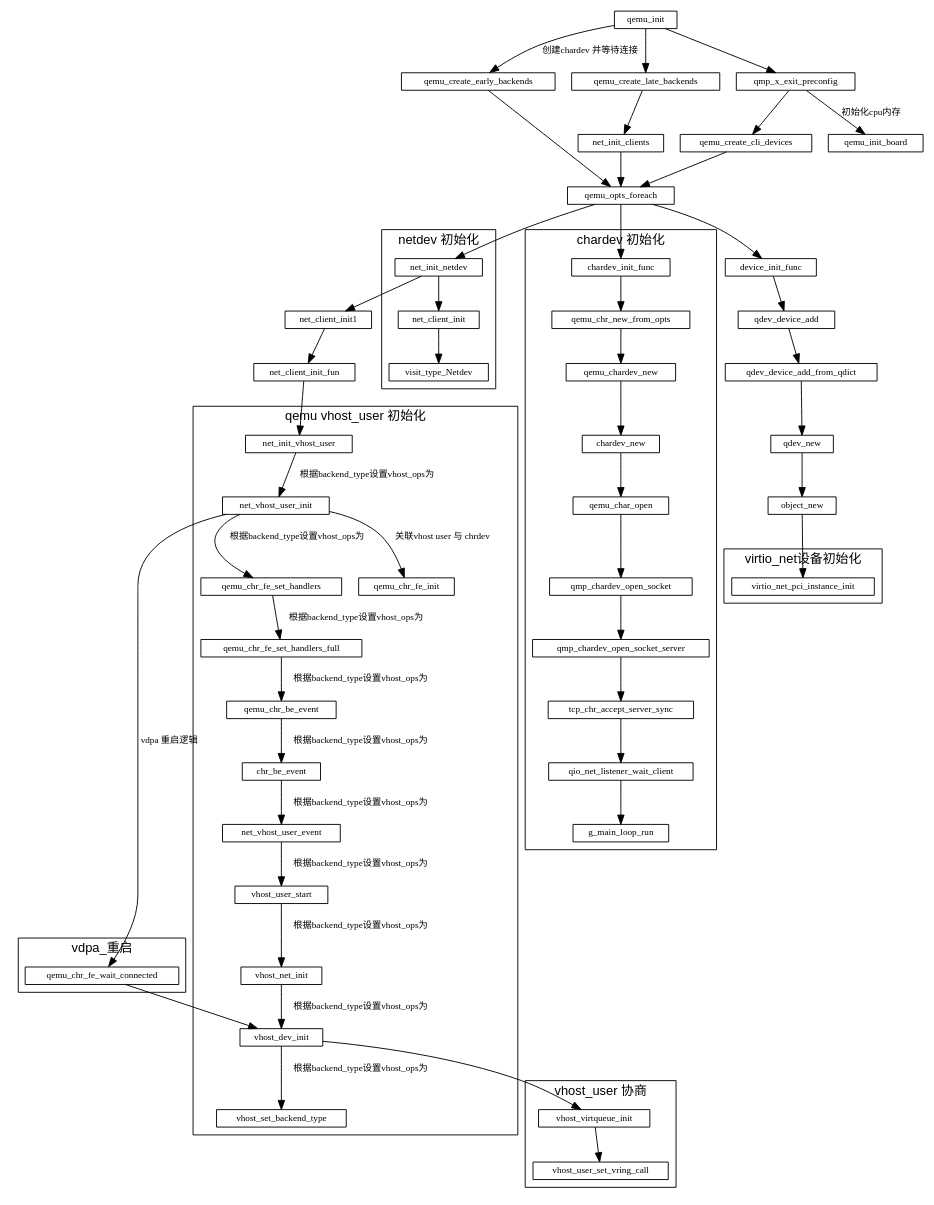
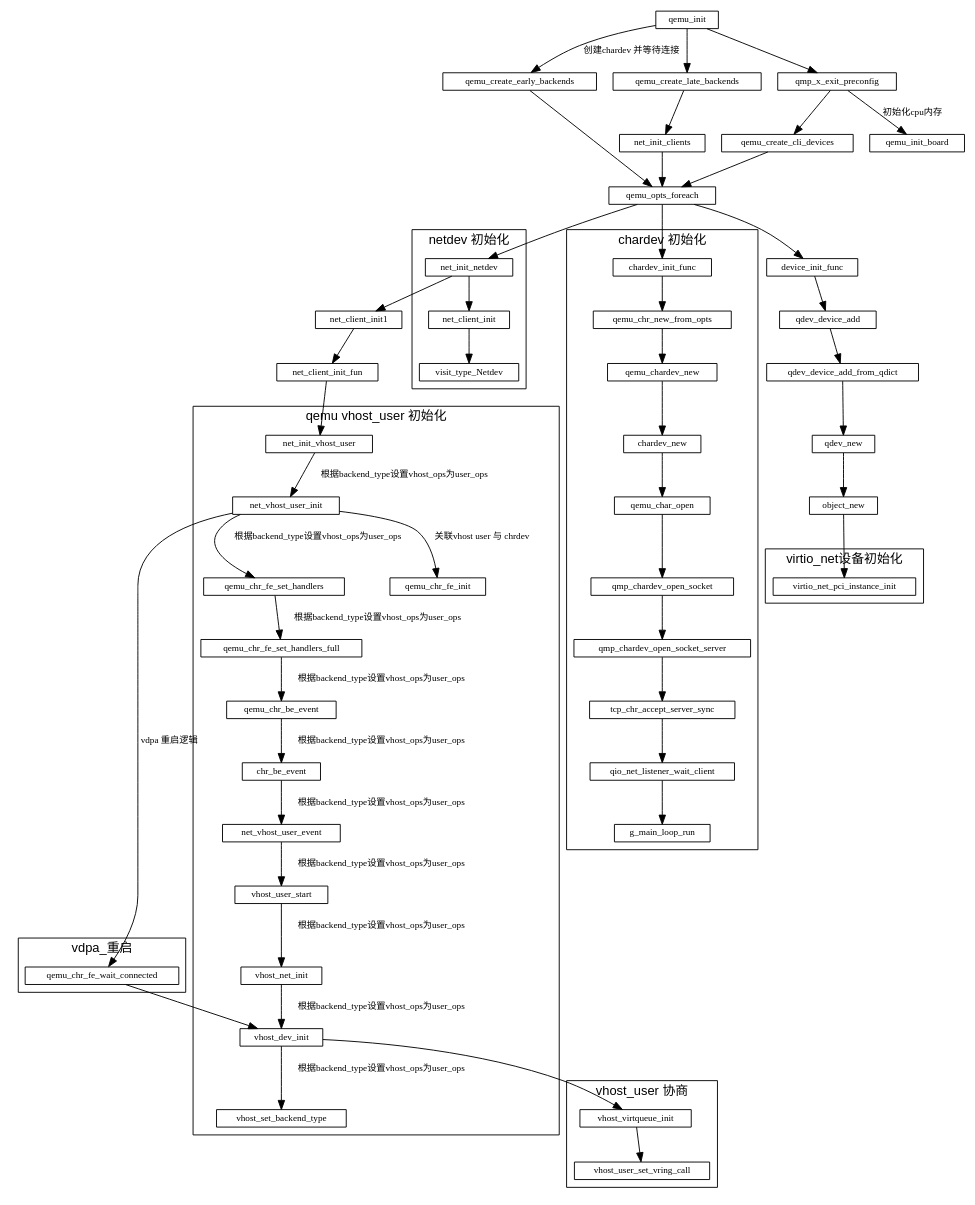
Before and after one commit to sisyphus1212/note: the diagram in qemu/qemu初始化.md, drawn with Graphviz.

Commit message:
auto_update

```diff
--- a/qemu/qemu初始化.md
+++ b/qemu/qemu初始化.md
@@ -58,7 +58,7 @@
                             -> vhost_user_start
                             -> vhost_net_init
                             -> vhost_dev_init
-                            -> vhost_set_backend_type[label="根据backend_type设置vhost_ops为"]
+                            -> vhost_set_backend_type[label="根据backend_type设置vhost_ops为user_ops"]
 
 
         net_vhost_user_init -> qemu_chr_fe_init[label="关联vhost user 与 chrdev"]
```
